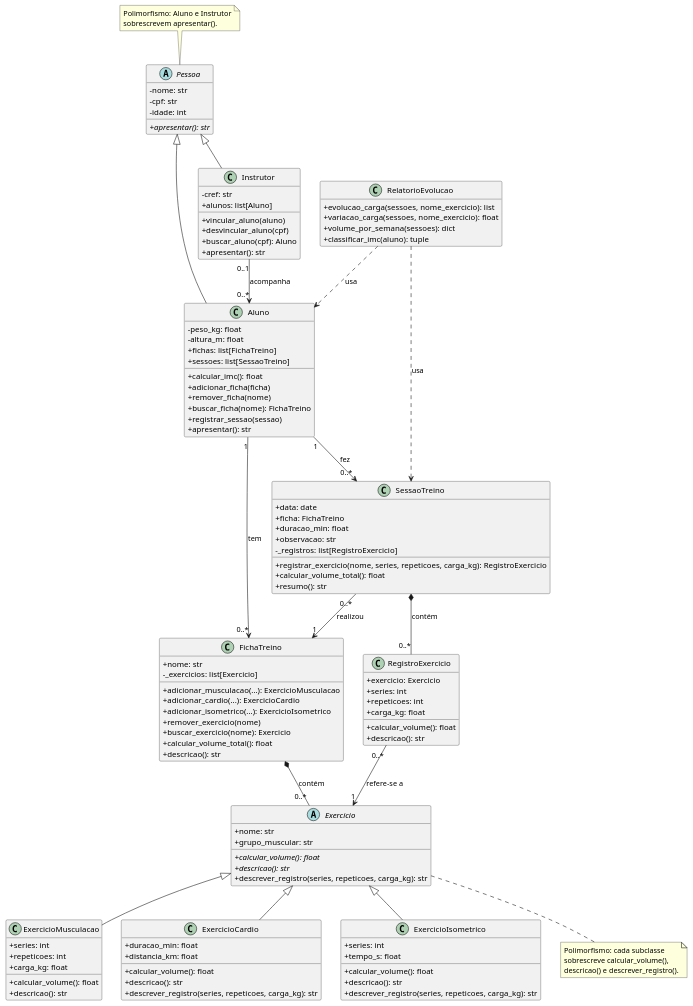
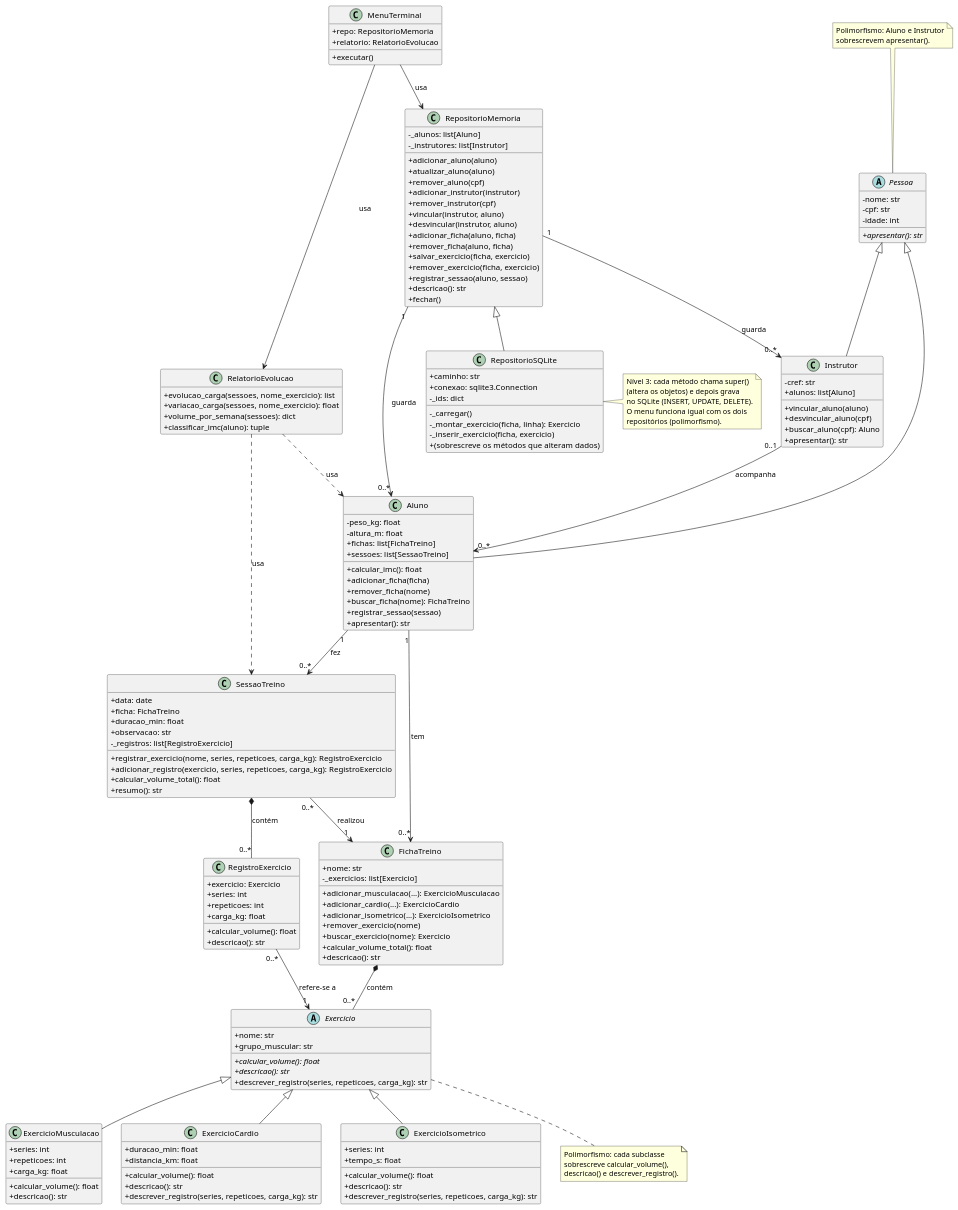
One commit to ianemirv/gerenciador-treinos changed the diagram in docs/uml.puml. Above: the diagram before and after it, drawn with PlantUML. The commit also changed 12 other files, not shown here.

Commit message:
Nível 3: banco de dados SQLite

```diff
--- a/docs/uml.puml
+++ b/docs/uml.puml
@@ -1,140 +1,190 @@
 @startuml
-' Diagrama de classes — Gerenciador de Treinos (nível 1)
+' Diagrama de classes — Gerenciador de Treinos (níveis 1 a 3)
 ' Para editar: cole este texto em https://www.plantuml.com/plantuml
 
 skinparam classAttributeIconSize 0
 hide empty members
 
 abstract class Pessoa {
   - nome: str
   - cpf: str
   - idade: int
   + {abstract} apresentar(): str
 }
 
 class Aluno {
   - peso_kg: float
   - altura_m: float
   + fichas: list[FichaTreino]
   + sessoes: list[SessaoTreino]
   + calcular_imc(): float
   + adicionar_ficha(ficha)
   + remover_ficha(nome)
   + buscar_ficha(nome): FichaTreino
   + registrar_sessao(sessao)
   + apresentar(): str
 }
 
 class Instrutor {
   - cref: str
   + alunos: list[Aluno]
   + vincular_aluno(aluno)
   + desvincular_aluno(cpf)
   + buscar_aluno(cpf): Aluno
   + apresentar(): str
 }
 
 abstract class Exercicio {
   + nome: str
   + grupo_muscular: str
   + {abstract} calcular_volume(): float
   + {abstract} descricao(): str
   + descrever_registro(series, repeticoes, carga_kg): str
 }
 
 class ExercicioMusculacao {
   + series: int
   + repeticoes: int
   + carga_kg: float
   + calcular_volume(): float
   + descricao(): str
 }
 
 class ExercicioCardio {
   + duracao_min: float
   + distancia_km: float
   + calcular_volume(): float
   + descricao(): str
   + descrever_registro(series, repeticoes, carga_kg): str
 }
 
 class ExercicioIsometrico {
   + series: int
   + tempo_s: float
   + calcular_volume(): float
   + descricao(): str
   + descrever_registro(series, repeticoes, carga_kg): str
 }
 
 class FichaTreino {
   + nome: str
   - _exercicios: list[Exercicio]
   + adicionar_musculacao(...): ExercicioMusculacao
   + adicionar_cardio(...): ExercicioCardio
   + adicionar_isometrico(...): ExercicioIsometrico
   + remover_exercicio(nome)
   + buscar_exercicio(nome): Exercicio
   + calcular_volume_total(): float
   + descricao(): str
 }
 
 class SessaoTreino {
   + data: date
   + ficha: FichaTreino
   + duracao_min: float
   + observacao: str
   - _registros: list[RegistroExercicio]
   + registrar_exercicio(nome, series, repeticoes, carga_kg): RegistroExercicio
+  + adicionar_registro(exercicio, series, repeticoes, carga_kg): RegistroExercicio
   + calcular_volume_total(): float
   + resumo(): str
 }
 
 class RegistroExercicio {
   + exercicio: Exercicio
   + series: int
   + repeticoes: int
   + carga_kg: float
   + calcular_volume(): float
   + descricao(): str
 }
 
 class RelatorioEvolucao {
   + evolucao_carga(sessoes, nome_exercicio): list
   + variacao_carga(sessoes, nome_exercicio): float
   + volume_por_semana(sessoes): dict
   + classificar_imc(aluno): tuple
 }
 
+class RepositorioMemoria {
+  - _alunos: list[Aluno]
+  - _instrutores: list[Instrutor]
+  + adicionar_aluno(aluno)
+  + atualizar_aluno(aluno)
+  + remover_aluno(cpf)
+  + adicionar_instrutor(instrutor)
+  + remover_instrutor(cpf)
+  + vincular(instrutor, aluno)
+  + desvincular(instrutor, aluno)
+  + adicionar_ficha(aluno, ficha)
+  + remover_ficha(aluno, ficha)
+  + salvar_exercicio(ficha, exercicio)
+  + remover_exercicio(ficha, exercicio)
+  + registrar_sessao(aluno, sessao)
+  + descricao(): str
+  + fechar()
+}
+
+class RepositorioSQLite {
+  + caminho: str
+  + conexao: sqlite3.Connection
+  - _ids: dict
+  - _carregar()
+  - _montar_exercicio(ficha, linha): Exercicio
+  - _inserir_exercicio(ficha, exercicio)
+  + (sobrescreve os métodos que alteram dados)
+}
+
+class MenuTerminal {
+  + repo: RepositorioMemoria
+  + relatorio: RelatorioEvolucao
+  + executar()
+}
+
 ' Herança
+RepositorioMemoria <|-- RepositorioSQLite
 Pessoa <|-- Aluno
 Pessoa <|-- Instrutor
 Exercicio <|-- ExercicioMusculacao
 Exercicio <|-- ExercicioCardio
 Exercicio <|-- ExercicioIsometrico
 
 ' Composição
 FichaTreino *-- "0..*" Exercicio : contém
 SessaoTreino *-- "0..*" RegistroExercicio : contém
 
 ' Associação
 Instrutor "0..1" --> "0..*" Aluno : acompanha
 Aluno "1" --> "0..*" FichaTreino : tem
 Aluno "1" --> "0..*" SessaoTreino : fez
 SessaoTreino "0..*" --> "1" FichaTreino : realizou
 RegistroExercicio "0..*" --> "1" Exercicio : refere-se a
 
+RepositorioMemoria "1" --> "0..*" Aluno : guarda
+RepositorioMemoria "1" --> "0..*" Instrutor : guarda
+MenuTerminal --> RepositorioMemoria : usa
+MenuTerminal --> RelatorioEvolucao : usa
+
 ' Dependência
 RelatorioEvolucao ..> SessaoTreino : usa
 RelatorioEvolucao ..> Aluno : usa
 
 note bottom of Exercicio
   Polimorfismo: cada subclasse
   sobrescreve calcular_volume(),
   descricao() e descrever_registro().
 end note
 
+note right of RepositorioSQLite
+  Nível 3: cada método chama super()
+  (altera os objetos) e depois grava
+  no SQLite (INSERT, UPDATE, DELETE).
+  O menu funciona igual com os dois
+  repositórios (polimorfismo).
+end note
+
 note top of Pessoa
   Polimorfismo: Aluno e Instrutor
   sobrescrevem apresentar().
 end note
 @enduml
```
